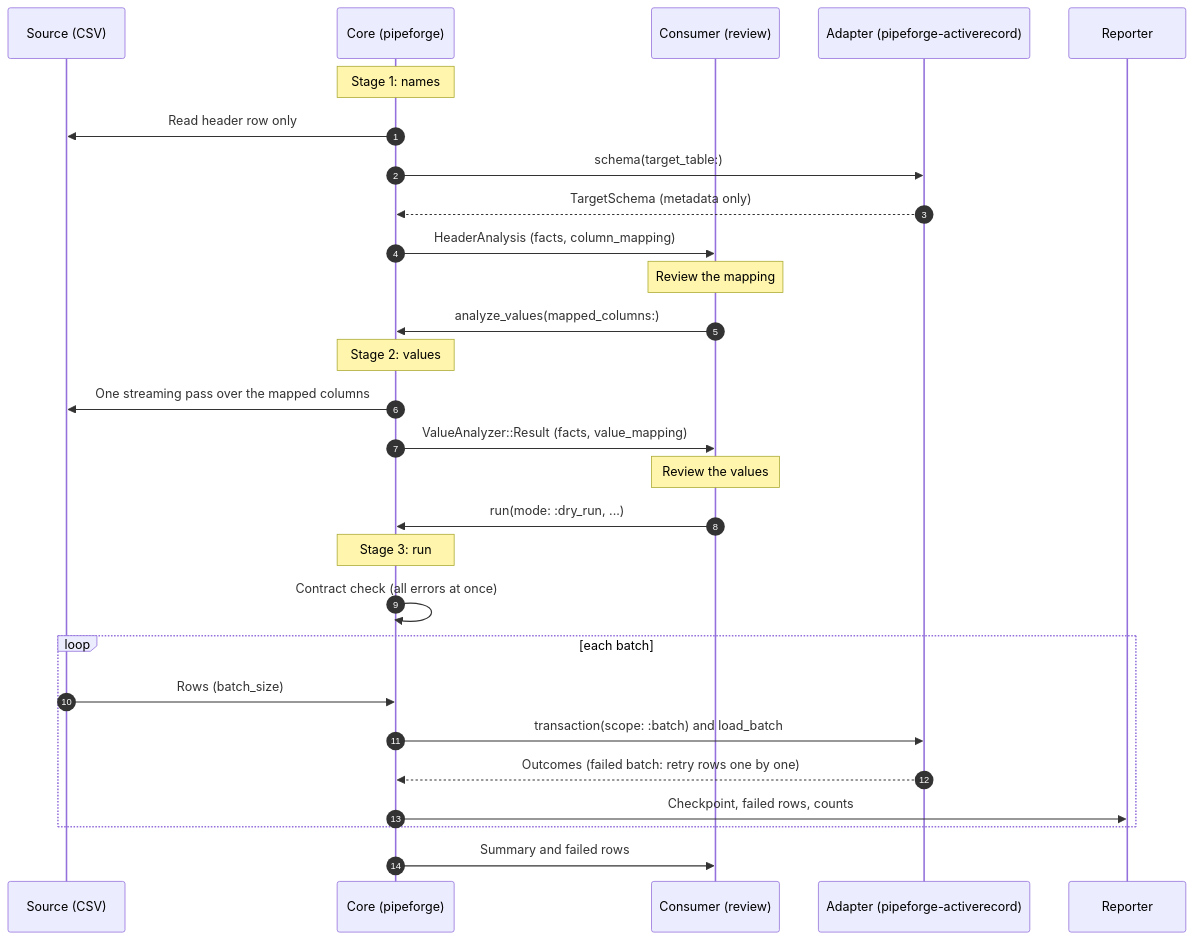
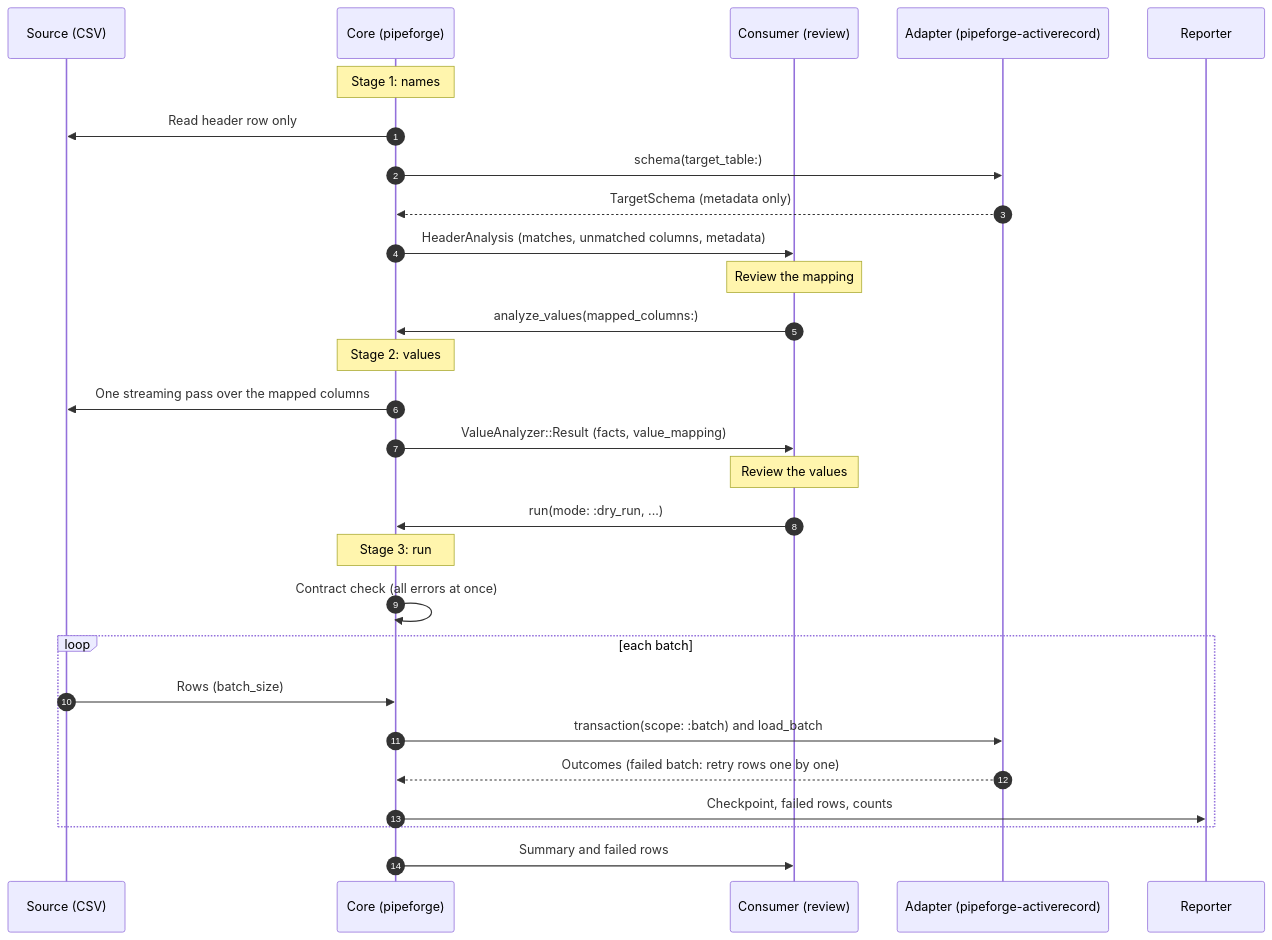
The second of 2 diagrams in docs/architecture/overview.md (venkydev02/Pipeforge), drawn with Mermaid before and after one commit. The commit also changed other lines of this file and 100 other files, not shown here.

````diff
--- a/docs/architecture/overview.md
+++ b/docs/architecture/overview.md
@@ -120,35 +121,35 @@
 ```mermaid
 sequenceDiagram
     autonumber
     participant Src as Source (CSV)
     participant Core as Core (pipeforge)
     participant Consumer as Consumer (review)
     participant Adapter as Adapter (pipeforge-activerecord)
     participant Rep as Reporter
 
     Note over Core: Stage 1: names
     Core->>Src: Read header row only
     Core->>Adapter: schema(target_table:)
     Adapter-->>Core: TargetSchema (metadata only)
-    Core->>Consumer: HeaderAnalysis (facts, column_mapping)
+    Core->>Consumer: HeaderAnalysis (matches, unmatched columns, metadata)
 
     Note over Consumer: Review the mapping
     Consumer->>Core: analyze_values(mapped_columns:)
 
     Note over Core: Stage 2: values
     Core->>Src: One streaming pass over the mapped columns
     Core->>Consumer: ValueAnalyzer::Result (facts, value_mapping)
 
     Note over Consumer: Review the values
     Consumer->>Core: run(mode: :dry_run, ...)
 
     Note over Core: Stage 3: run
     Core->>Core: Contract check (all errors at once)
     loop each batch
         Src->>Core: Rows (batch_size)
         Core->>Adapter: transaction(scope: :batch) and load_batch
         Adapter-->>Core: Outcomes (failed batch: retry rows one by one)
         Core->>Rep: Checkpoint, failed rows, counts
     end
     Core->>Consumer: Summary and failed rows
 ```
````
